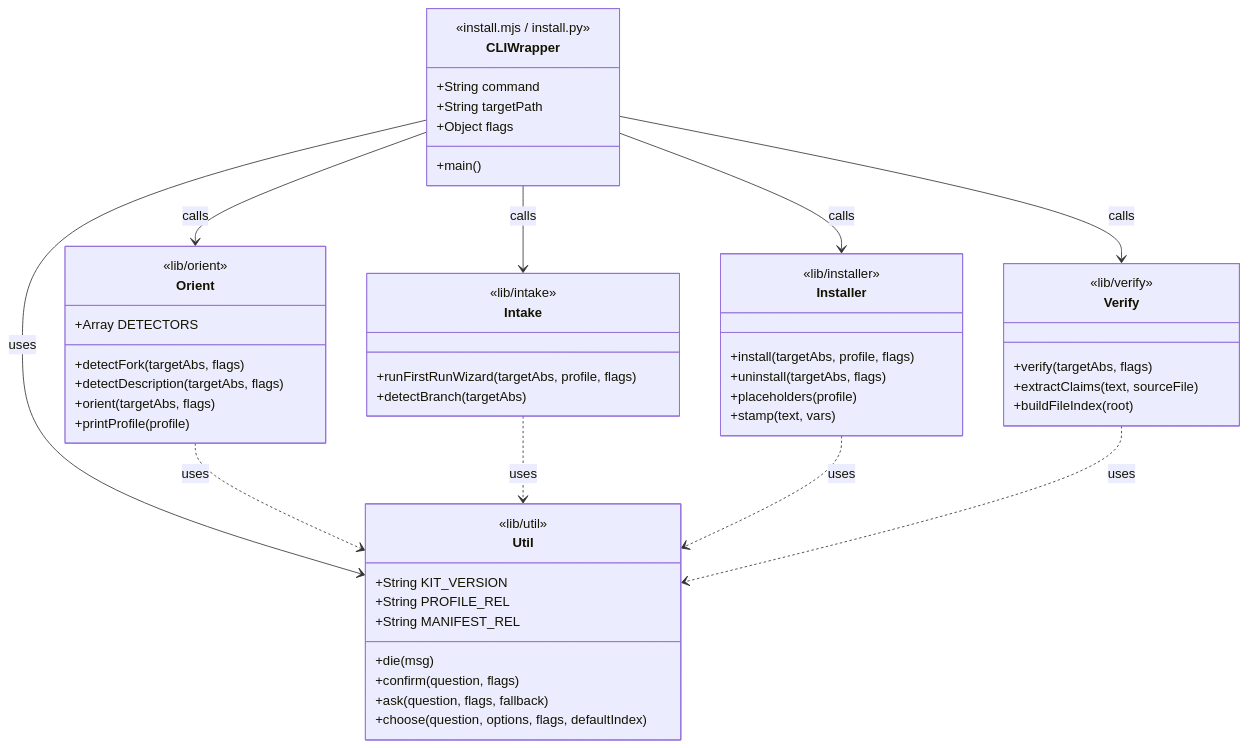
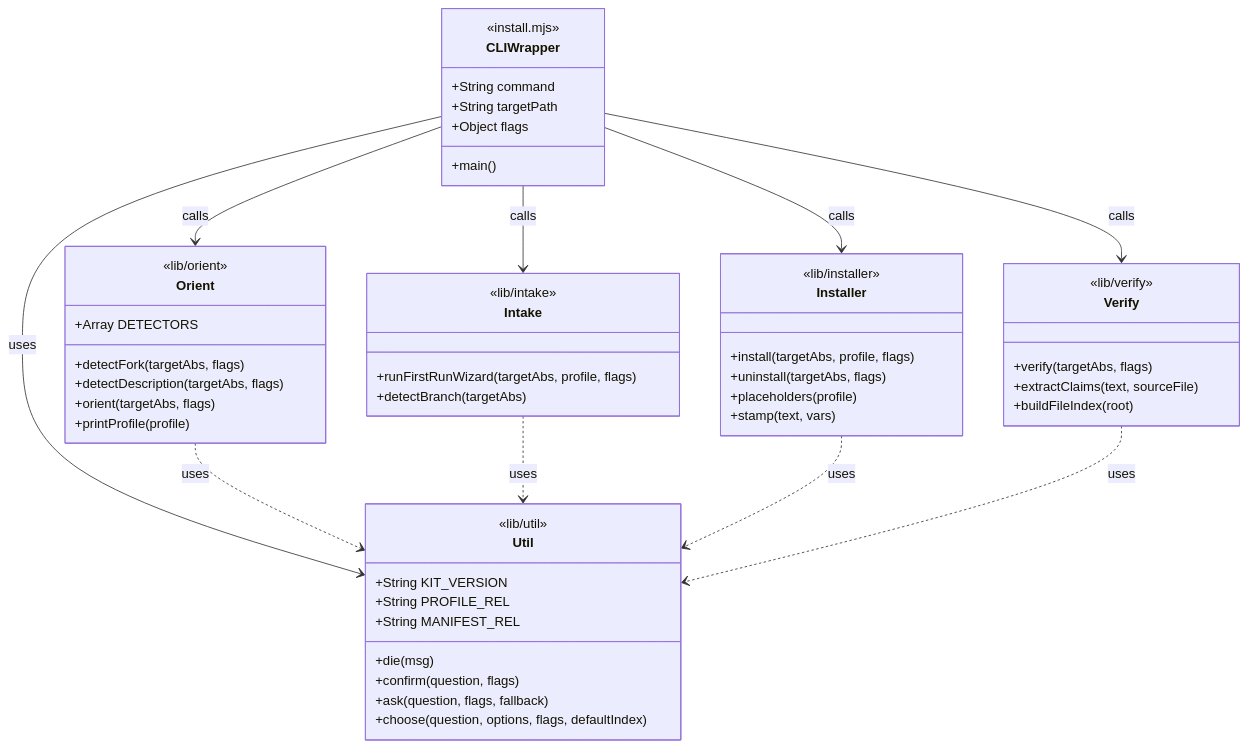
The second of 3 diagrams in docs/system-diagrams/README.md (kunalsuri/ai-fication-kit), drawn with Mermaid before and after one commit. The commit also changed other lines of this file and 50 other files, not shown here.

````diff
--- a/docs/system-diagrams/README.md
+++ b/docs/system-diagrams/README.md
@@ -51,57 +51,57 @@
 ```mermaid
 classDiagram
     class CLIWrapper {
-        <<install.mjs / install.py>>
+        <<install.mjs>>
         +String command
         +String targetPath
         +Object flags
         +main()
     }
     class Util {
         <<lib/util>>
         +String KIT_VERSION
         +String PROFILE_REL
         +String MANIFEST_REL
         +die(msg)
         +confirm(question, flags)
         +ask(question, flags, fallback)
         +choose(question, options, flags, defaultIndex)
     }
     class Orient {
         <<lib/orient>>
         +Array DETECTORS
         +detectFork(targetAbs, flags)
         +detectDescription(targetAbs, flags)
         +orient(targetAbs, flags)
         +printProfile(profile)
     }
     class Intake {
         <<lib/intake>>
         +runFirstRunWizard(targetAbs, profile, flags)
         +detectBranch(targetAbs)
     }
     class Installer {
         <<lib/installer>>
         +install(targetAbs, profile, flags)
         +uninstall(targetAbs, flags)
         +placeholders(profile)
         +stamp(text, vars)
     }
     class Verify {
         <<lib/verify>>
         +verify(targetAbs, flags)
         +extractClaims(text, sourceFile)
         +buildFileIndex(root)
     }
 
     CLIWrapper --> Util : uses
     CLIWrapper --> Orient : calls
     CLIWrapper --> Intake : calls
     CLIWrapper --> Installer : calls
     CLIWrapper --> Verify : calls
 
     Orient ..> Util : uses
     Intake ..> Util : uses
     Installer ..> Util : uses
     Verify ..> Util : uses
 ```
````
